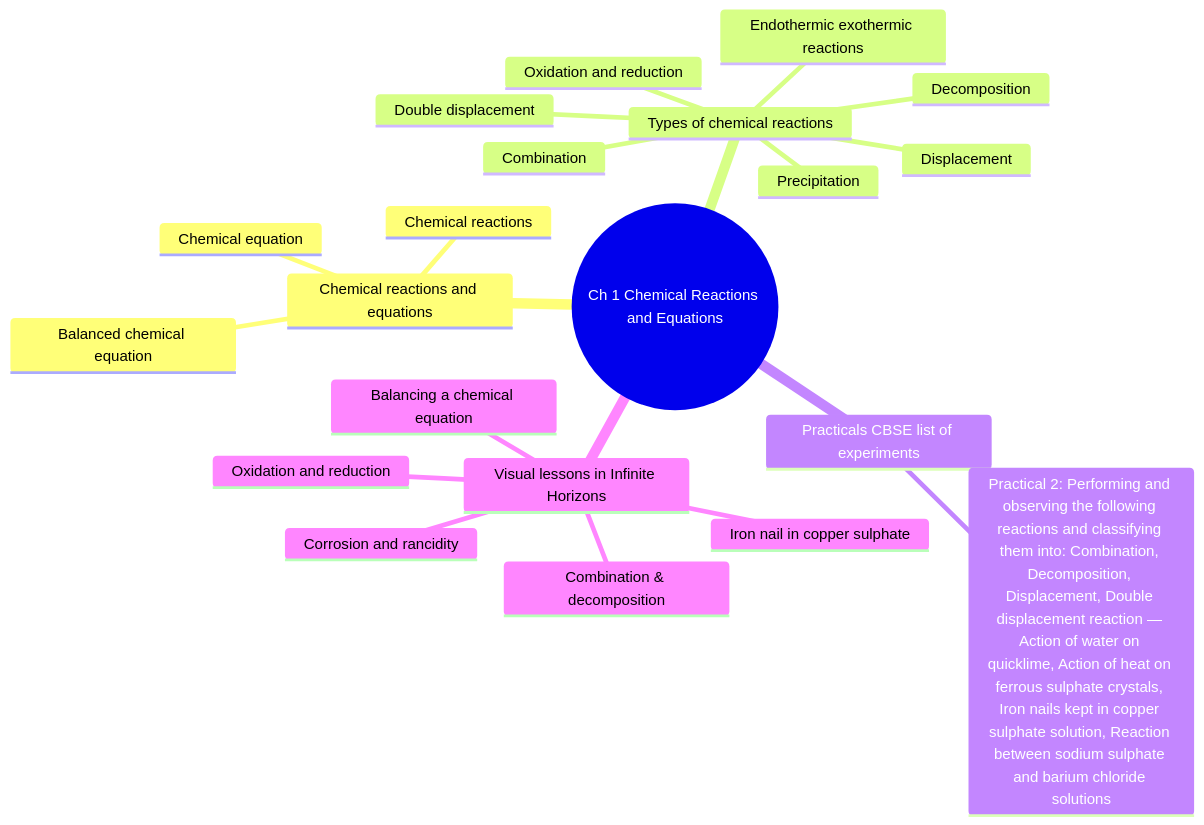
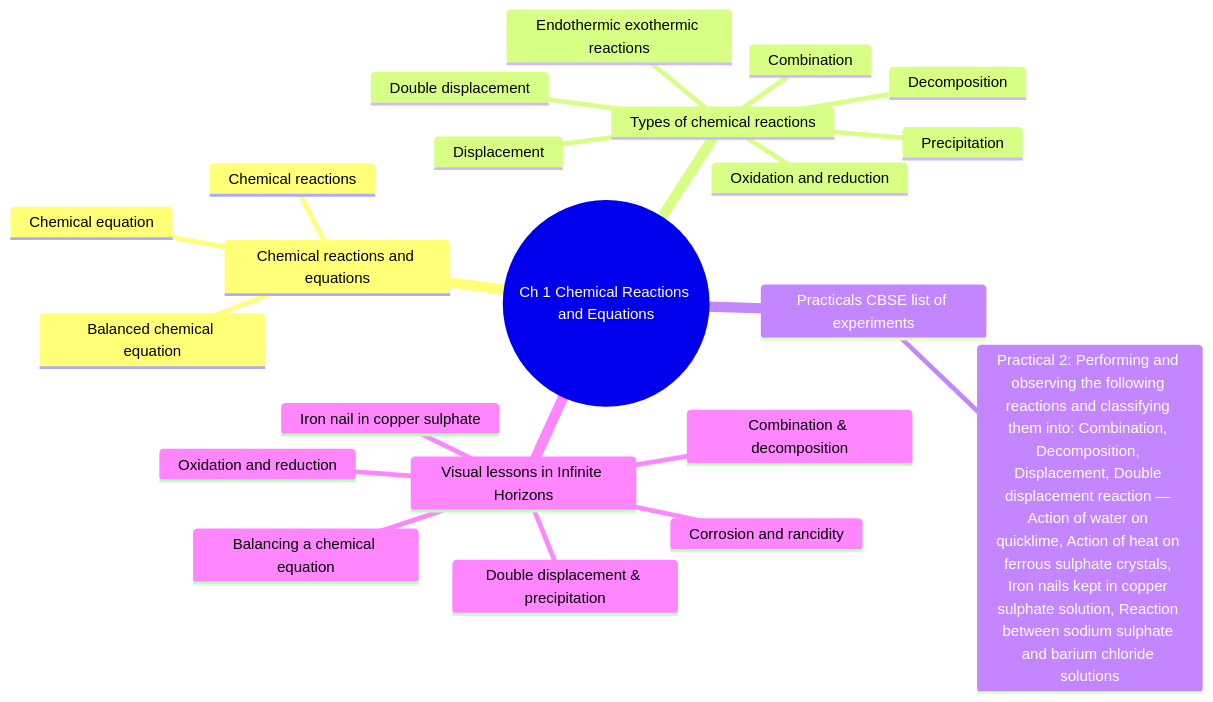
Diagram 13 of 26 in docs/CHAPTER_MINDMAPS.md (anveshix/ifinite-horizon), drawn with Mermaid before and after one commit. The commit also changed other lines of this file and 15 other files, not shown here.

````diff
--- a/docs/CHAPTER_MINDMAPS.md
+++ b/docs/CHAPTER_MINDMAPS.md
@@ -500,24 +501,25 @@
 ```mermaid
 mindmap
   root((Ch 1 Chemical Reactions and Equations))
     Chemical reactions and equations
       Chemical reactions
       Chemical equation
       Balanced chemical equation
     Types of chemical reactions
       Combination
       Decomposition
       Displacement
       Double displacement
       Precipitation
       Endothermic exothermic reactions
       Oxidation and reduction
     Practicals CBSE list of experiments
       Practical 2: Performing and observing the following reactions and classifying them into: Combination, Decomposition, Displacement, Double displacement reaction — Action of water on quicklime, Action of heat on ferrous sulphate crystals, Iron nails kept in copper sulphate solution, Reaction between sodium sulphate and barium chloride solutions
     Visual lessons in Infinite Horizons
       Iron nail in copper sulphate
       Balancing a chemical equation
       Combination & decomposition
       Oxidation and reduction
       Corrosion and rancidity
+      Double displacement & precipitation
 ```
````
